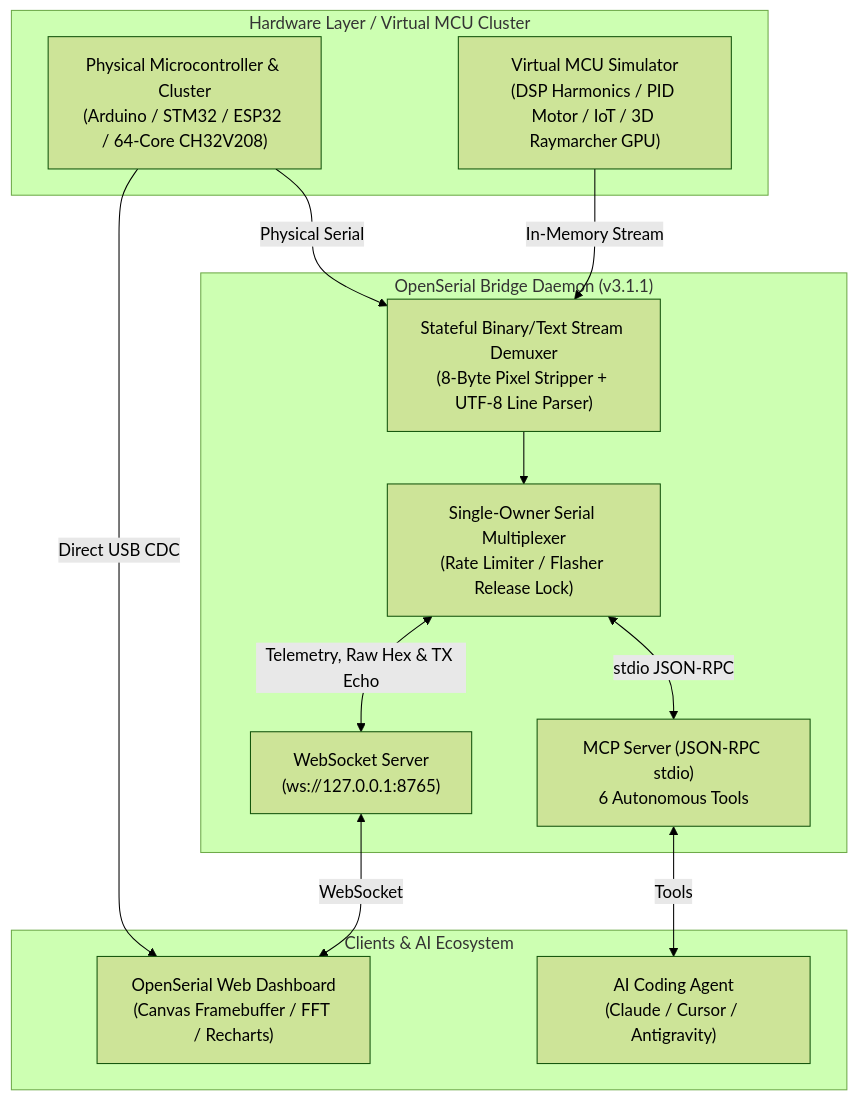
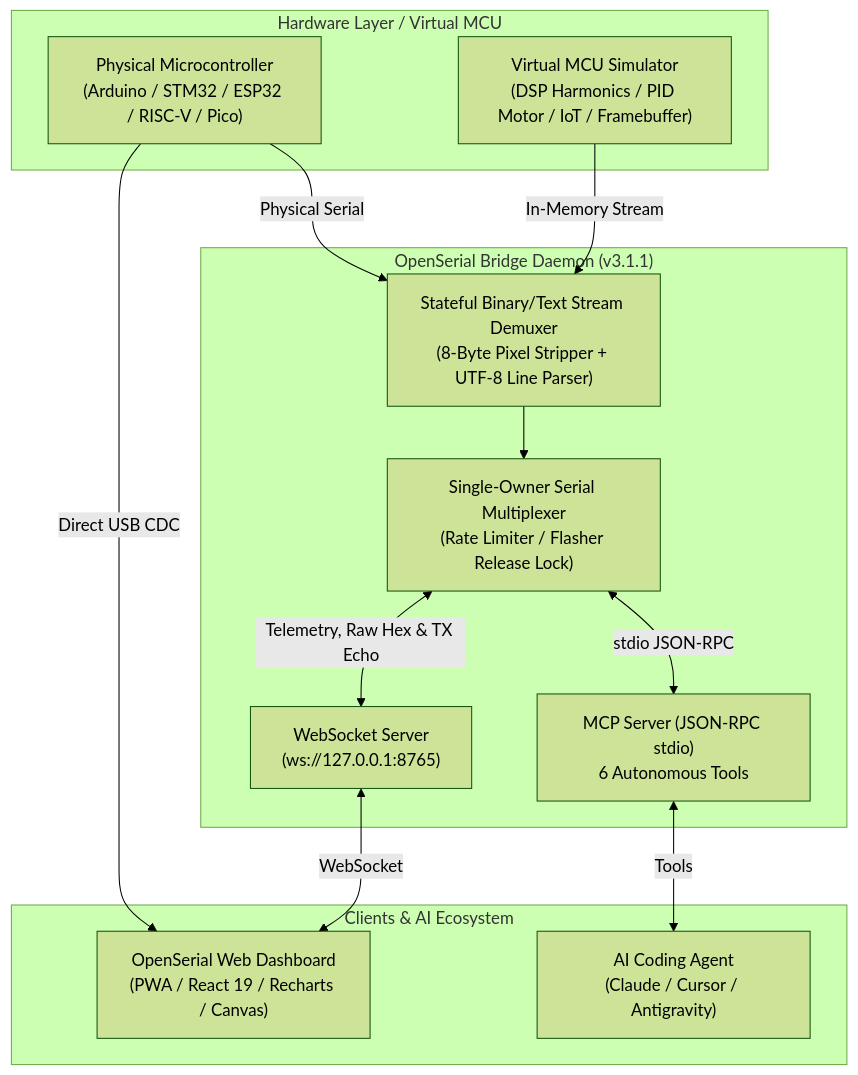
One commit to ptai-eng/OpenSerial-Studio changed the diagram in README.md. Above: the diagram before and after it, drawn with Mermaid (forest theme). The commit also changed other lines of this file and 1 other file, not shown here.

````diff
--- a/README.md
+++ b/README.md
@@ -30,26 +31,26 @@
 ```mermaid
 flowchart TD
-    subgraph Hardware ["Hardware Layer / Virtual MCU Cluster"]
-        MCU["Physical Microcontroller & Cluster\n(Arduino / STM32 / ESP32 / 64-Core CH32V208)"]
-        SIM["Virtual MCU Simulator\n(DSP Harmonics / PID Motor / IoT / 3D Raymarcher GPU)"]
+    subgraph Hardware ["Hardware Layer / Virtual MCU"]
+        MCU["Physical Microcontroller\n(Arduino / STM32 / ESP32 / RISC-V / Pico)"]
+        SIM["Virtual MCU Simulator\n(DSP Harmonics / PID Motor / IoT / Framebuffer)"]
     end
 
     subgraph BridgeDaemon ["OpenSerial Bridge Daemon (v3.1.1)"]
         DEMUX["Stateful Binary/Text Stream Demuxer\n(8-Byte Pixel Stripper + UTF-8 Line Parser)"]
         MUX["Single-Owner Serial Multiplexer\n(Rate Limiter / Flasher Release Lock)"]
         MCP["MCP Server (JSON-RPC stdio)\n6 Autonomous Tools"]
         WSS["WebSocket Server\n(ws://127.0.0.1:8765)"]
     end
 
     subgraph ClientLayer ["Clients & AI Ecosystem"]
-        WebUI["OpenSerial Web Dashboard\n(Canvas Framebuffer / FFT / Recharts)"]
+        WebUI["OpenSerial Web Dashboard\n(PWA / React 19 / Recharts / Canvas)"]
         AI["AI Coding Agent\n(Claude / Cursor / Antigravity)"]
     end
 
     MCU -->|"Direct USB CDC"| WebUI
     MCU -->|"Physical Serial"| DEMUX
     SIM -->|"In-Memory Stream"| DEMUX
     DEMUX --> MUX
     MUX <-->|"stdio JSON-RPC"| MCP <-->|"Tools"| AI
     MUX <-->|"Telemetry, Raw Hex & TX Echo"| WSS <-->|"WebSocket"| WebUI
 ```
````
